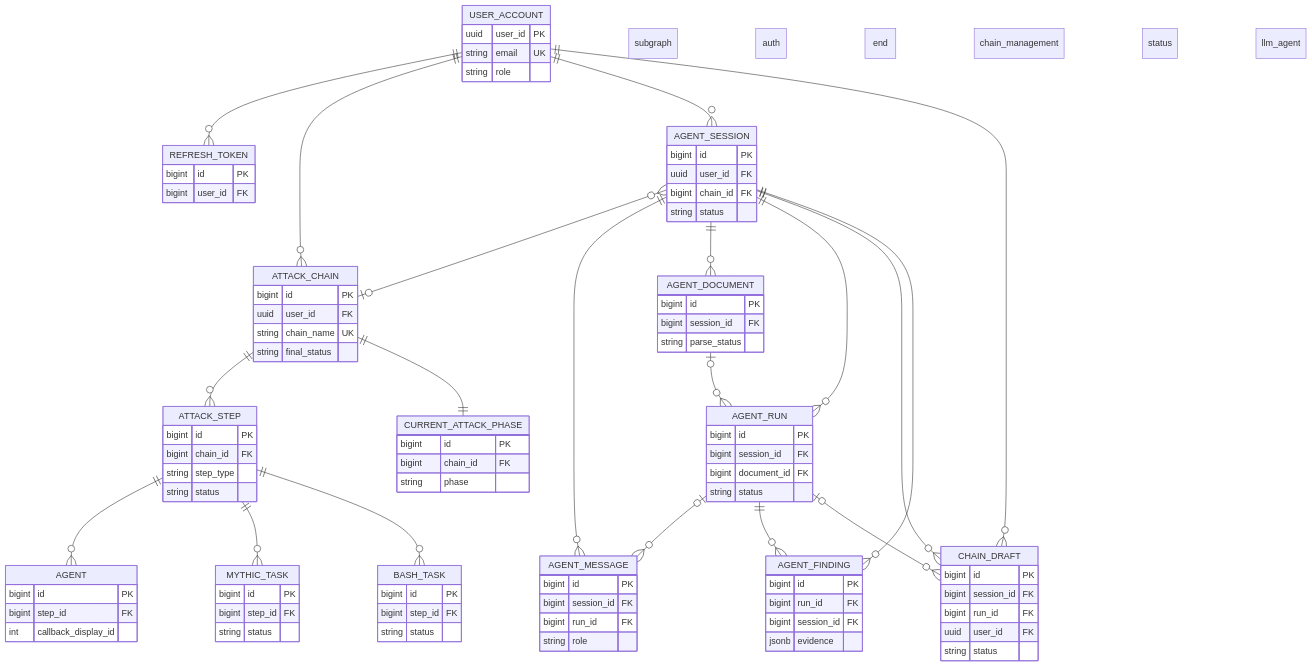
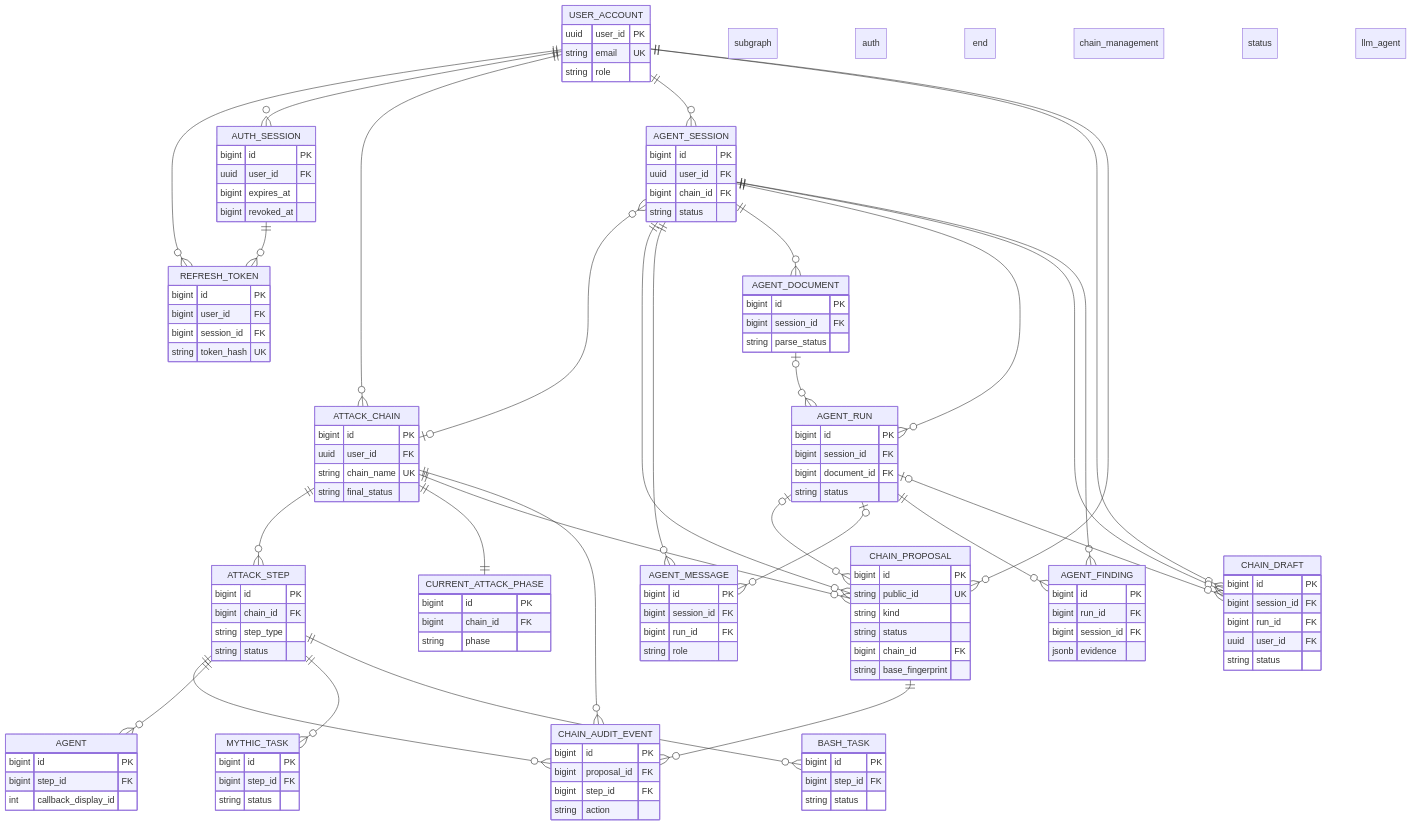
One commit to eogod/EAGLE changed the second of 2 diagrams in docs/architecture.md. Above: the diagram before and after it, drawn with Mermaid. The commit also changed other lines of this file and 2 other files, not shown here.

Commit message:
update readme and architecture

````diff
--- a/docs/architecture.md
+++ b/docs/architecture.md
@@ -212,12 +238,21 @@
 %%{init: {"er": {"diagramPadding": 10, "minEntityWidth": 55, "minEntityHeight": 24, "entityPadding": 8}}}%%
 erDiagram
     USER_ACCOUNT ||--o{ REFRESH_TOKEN : ""
+    USER_ACCOUNT ||--o{ AUTH_SESSION : ""
+    AUTH_SESSION ||--o{ REFRESH_TOKEN : ""
     USER_ACCOUNT ||--o{ ATTACK_CHAIN : ""
     USER_ACCOUNT ||--o{ AGENT_SESSION : ""
     USER_ACCOUNT ||--o{ CHAIN_DRAFT : ""
+    USER_ACCOUNT ||--o{ CHAIN_PROPOSAL : ""
     ATTACK_CHAIN ||--o{ ATTACK_STEP : ""
     ATTACK_CHAIN ||--|| CURRENT_ATTACK_PHASE : ""
+    ATTACK_CHAIN ||--o{ CHAIN_PROPOSAL : ""
+    ATTACK_CHAIN ||--o{ CHAIN_AUDIT_EVENT : ""
+    ATTACK_STEP ||--o{ CHAIN_AUDIT_EVENT : ""
     AGENT_SESSION }o--o| ATTACK_CHAIN : ""
+    AGENT_SESSION ||--o{ CHAIN_PROPOSAL : ""
+    CHAIN_PROPOSAL ||--o{ CHAIN_AUDIT_EVENT : ""
+    AGENT_RUN |o--o{ CHAIN_PROPOSAL : ""
     ATTACK_STEP ||--o{ AGENT : ""
     ATTACK_STEP ||--o{ MYTHIC_TASK : ""
     ATTACK_STEP ||--o{ BASH_TASK : ""
@@ -238,9 +273,18 @@
             string role
         }
 
+        AUTH_SESSION {
+            bigint id PK
+            uuid user_id FK
+            bigint expires_at
+            bigint revoked_at
+        }
+
         REFRESH_TOKEN {
             bigint id PK
             bigint user_id FK
+            bigint session_id FK
+            string token_hash UK
         }
     end
 
@@ -328,5 +372,21 @@
             uuid user_id FK
             string status
         }
+
+        CHAIN_PROPOSAL {
+            bigint id PK
+            string public_id UK
+            string kind
+            string status
+            bigint chain_id FK
+            string base_fingerprint
+        }
+
+        CHAIN_AUDIT_EVENT {
+            bigint id PK
+            bigint proposal_id FK
+            bigint step_id FK
+            string action
+        }
     end
 ```
````
